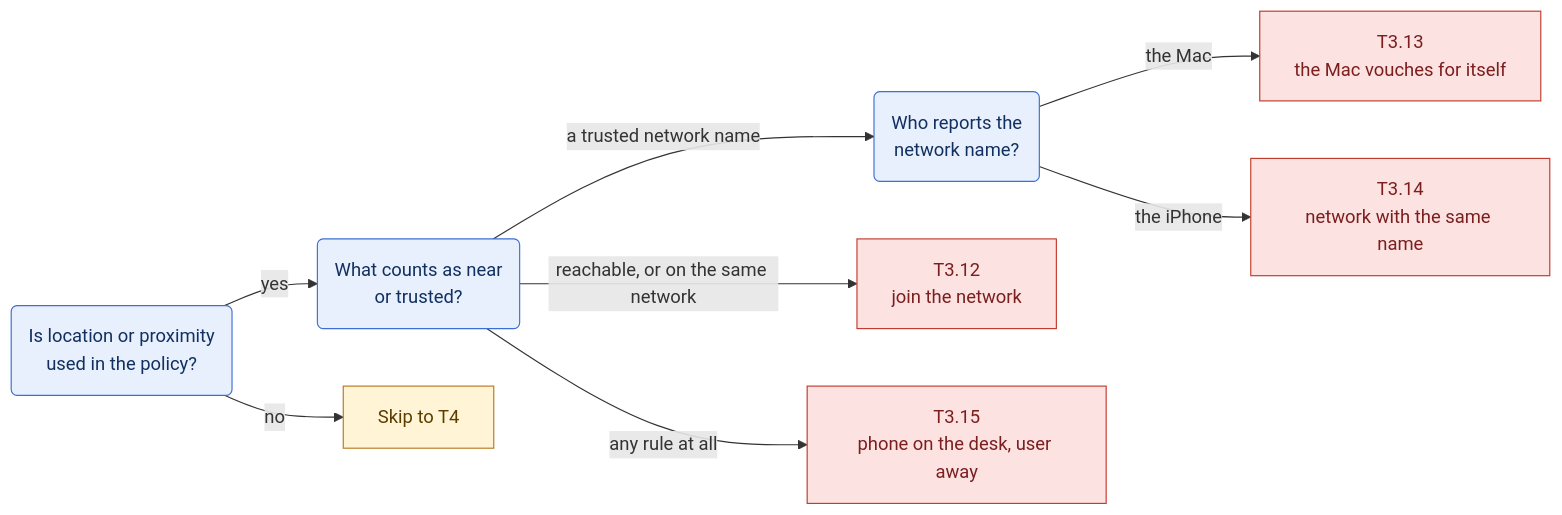
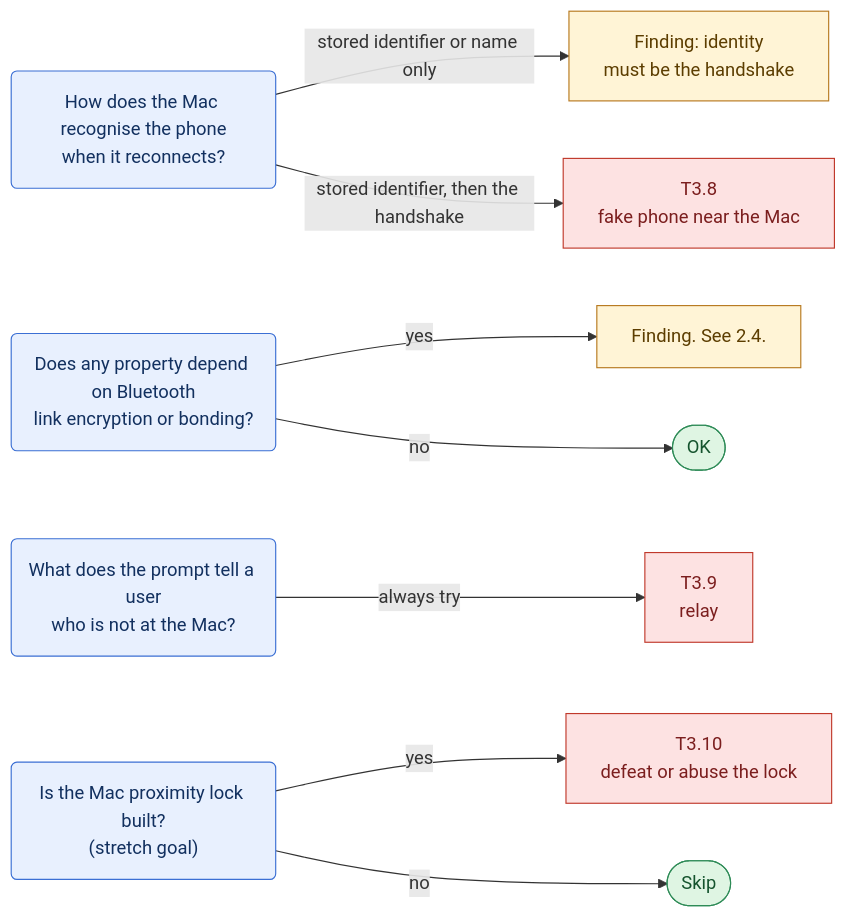
The eighth of 17 diagrams in docs/red-team/README.md (Samylay/sentry-key), drawn with Mermaid before and after one commit. The commit also changed other lines of this file and 1 other file, not shown here.

First line of the commit message:
Align red team guide with docs/ARCHITECTURE.md (prompt P-007)

````diff
--- a/docs/red-team/README.md
+++ b/docs/red-team/README.md
@@ -351,17 +374,18 @@
 ```mermaid
 flowchart LR
   classDef q fill:#e8f0fe,stroke:#3b6fd4,color:#12305f
   classDef atk fill:#fde2e2,stroke:#c0392b,color:#7b1e1e
   classDef ok fill:#dff5e3,stroke:#2e8b57,color:#14532d
   classDef note fill:#fff4d6,stroke:#b7791f,color:#5c3d00
-  q14("Is location or proximity<br/>used in the policy?"):::q
-  q15("What counts as near<br/>or trusted?"):::q
-  q16("Who reports the<br/>network name?"):::q
-  q14 -->|"no"| n3["Skip to T4"]:::note
-  q14 -->|"yes"| q15
-  q15 -->|"reachable, or on the same network"| a15["T3.12<br/>join the network"]:::atk
-  q15 -->|"a trusted network name"| q16
-  q15 -->|"any rule at all"| a18["T3.15<br/>phone on the desk, user away"]:::atk
-  q16 -->|"the Mac"| a16["T3.13<br/>the Mac vouches for itself"]:::atk
-  q16 -->|"the iPhone"| a17["T3.14<br/>network with the same name"]:::atk
+  q8("How does the Mac recognise the phone<br/>when it reconnects?"):::q
+  q9("Does any property depend on Bluetooth<br/>link encryption or bonding?"):::q
+  q10("What does the prompt tell a user<br/>who is not at the Mac?"):::q
+  q11("Is the Mac proximity lock built?<br/>(stretch goal)"):::q
+  q8 -->|"stored identifier or name only"| n1["Finding: identity<br/>must be the handshake"]:::note
+  q8 -->|"stored identifier, then the handshake"| a8["T3.8<br/>fake phone near the Mac"]:::atk
+  q9 -->|"yes"| n2["Finding. See 2.4."]:::note
+  q9 -->|"no"| ok3(["OK"]):::ok
+  q10 -->|"always try"| a9["T3.9<br/>relay"]:::atk
+  q11 -->|"yes"| a10["T3.10<br/>defeat or abuse the lock"]:::atk
+  q11 -->|"no"| ok4(["Skip"]):::ok
 ```
````
